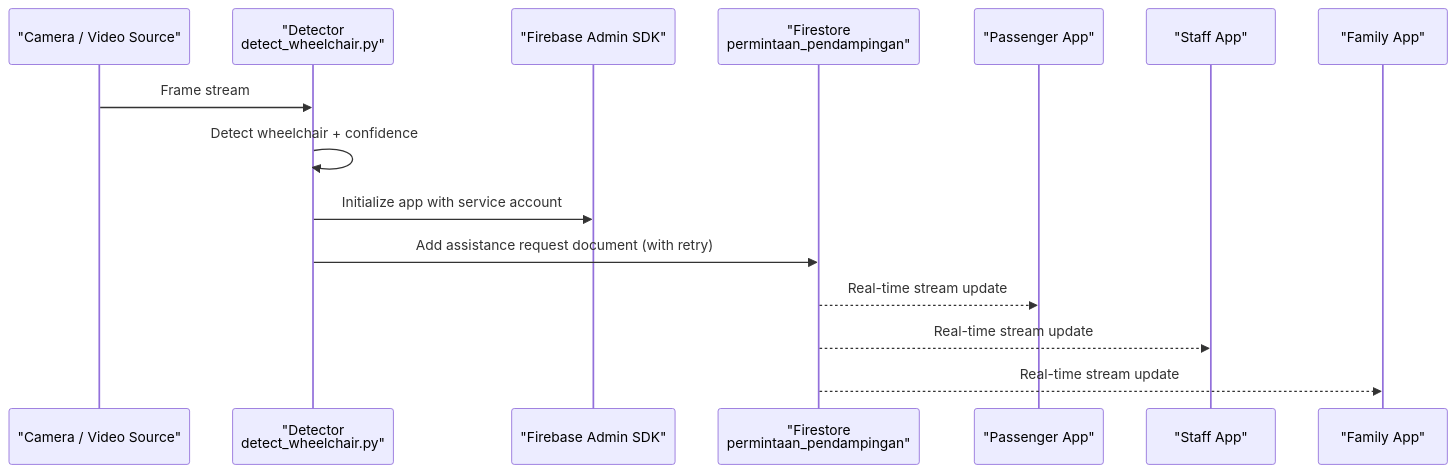
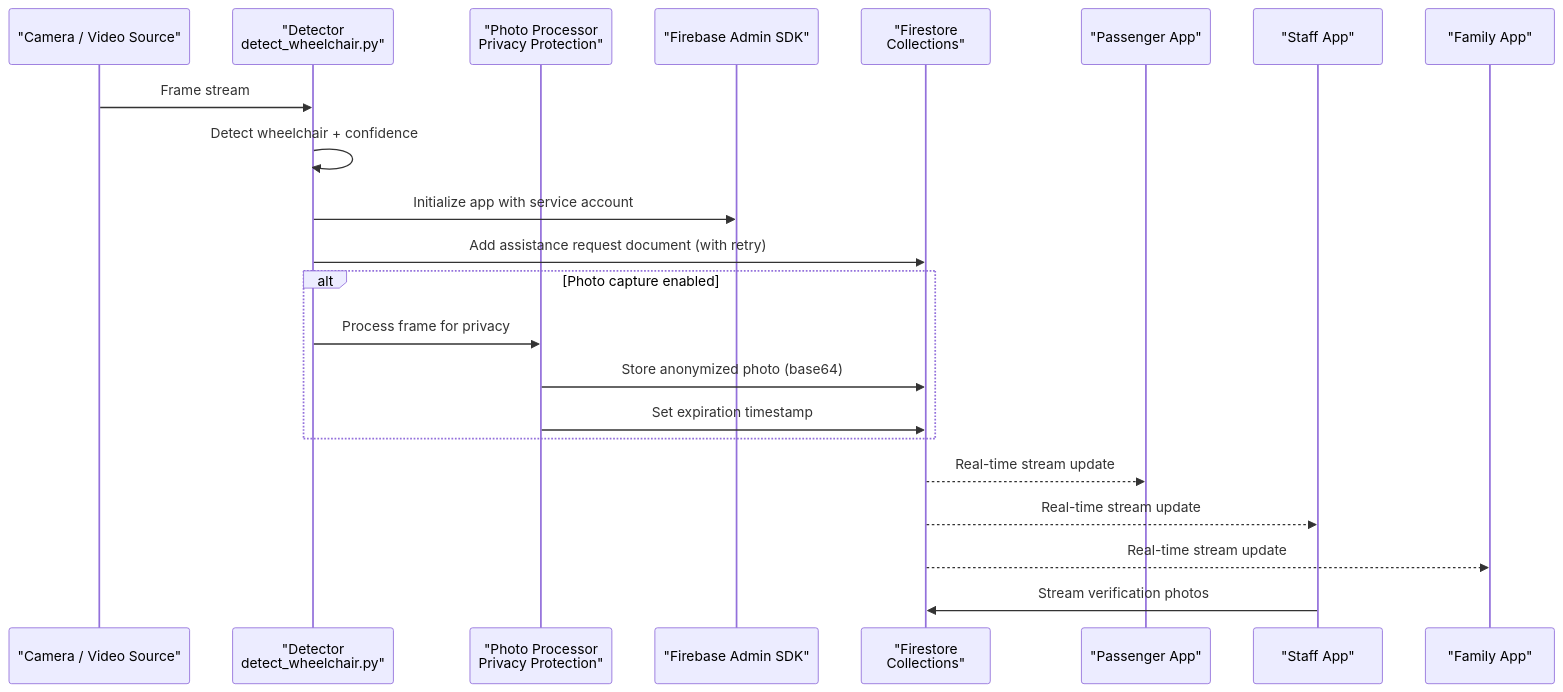
The second of 8 diagrams in .qoder/repowiki/en/content/AI Detection System/Firebase Integration.md (rdsarjito/whoosh-ramah), drawn with Mermaid before and after one commit. The commit also changed other lines of this file and 17 other files, not shown here.

````diff
--- a/.qoder/repowiki/en/content/AI Detection System/Firebase Integration.md
+++ b/.qoder/repowiki/en/content/AI Detection System/Firebase Integration.md
@@ -100,17 +112,24 @@
 ```mermaid
 sequenceDiagram
 participant Camera as "Camera / Video Source"
 participant Detector as "Detector<br/>detect_wheelchair.py"
+participant PhotoProc as "Photo Processor<br/>Privacy Protection"
 participant Firebase as "Firebase Admin SDK"
-participant Firestore as "Firestore<br/>permintaan_pendampingan"
+participant Firestore as "Firestore<br/>Collections"
 participant PassengerApp as "Passenger App"
 participant StaffApp as "Staff App"
 participant FamilyApp as "Family App"
 Camera->>Detector : Frame stream
 Detector->>Detector : Detect wheelchair + confidence
 Detector->>Firebase : Initialize app with service account
 Detector->>Firestore : Add assistance request document (with retry)
+alt Photo capture enabled
+Detector->>PhotoProc : Process frame for privacy
+PhotoProc->>Firestore : Store anonymized photo (base64)
+PhotoProc->>Firestore : Set expiration timestamp
+end
 Firestore-->>PassengerApp : Real-time stream update
 Firestore-->>StaffApp : Real-time stream update
 Firestore-->>FamilyApp : Real-time stream update
+StaffApp->>Firestore : Stream verification photos
 ```
````
